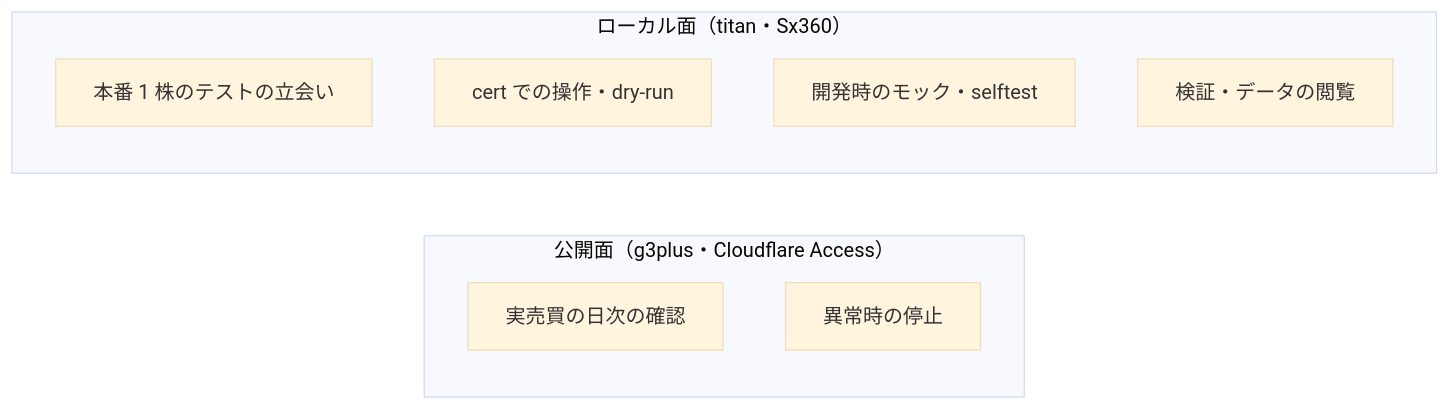
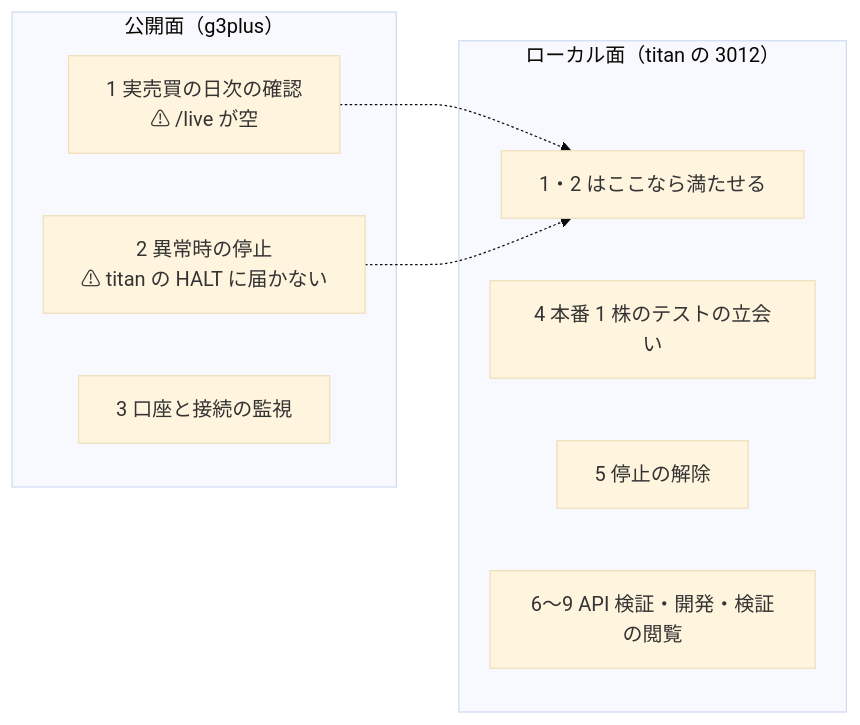
One commit to akiraak/ai-income-lab changed the second of 5 diagrams in docs/plans/dashboard-required-features.md. Above: the diagram before and after it, drawn with Mermaid (base theme). The commit also changed other lines of this file and 2 other files, not shown here.

````diff
--- a/docs/plans/dashboard-required-features.md
+++ b/docs/plans/dashboard-required-features.md
@@ -60,13 +76,16 @@
 ```mermaid
 flowchart LR
-  subgraph pub["公開面（g3plus・Cloudflare Access）"]
-    S1["実売買の日次の確認"]
-    S2["異常時の停止"]
+  subgraph pub["公開面（g3plus）"]
+    S1["1 実売買の日次の確認<br/>⚠ /live が空"]
+    S2["2 異常時の停止<br/>⚠ titan の HALT に届かない"]
+    S3["3 口座と接続の監視"]
   end
-  subgraph loc["ローカル面（titan・Sx360）"]
-    S3["本番 1 株のテストの立会い"]
-    S4["cert での操作・dry-run"]
-    S5["開発時のモック・selftest"]
-    S6["検証・データの閲覧"]
+  subgraph loc["ローカル面（titan の 3012）"]
+    L1["1・2 はここなら満たせる"]
+    S4["4 本番 1 株のテストの立会い"]
+    S5["5 停止の解除"]
+    S6["6〜9 API 検証・開発・検証の閲覧"]
   end
+  S1 -.-> L1
+  S2 -.-> L1
 ```
````
